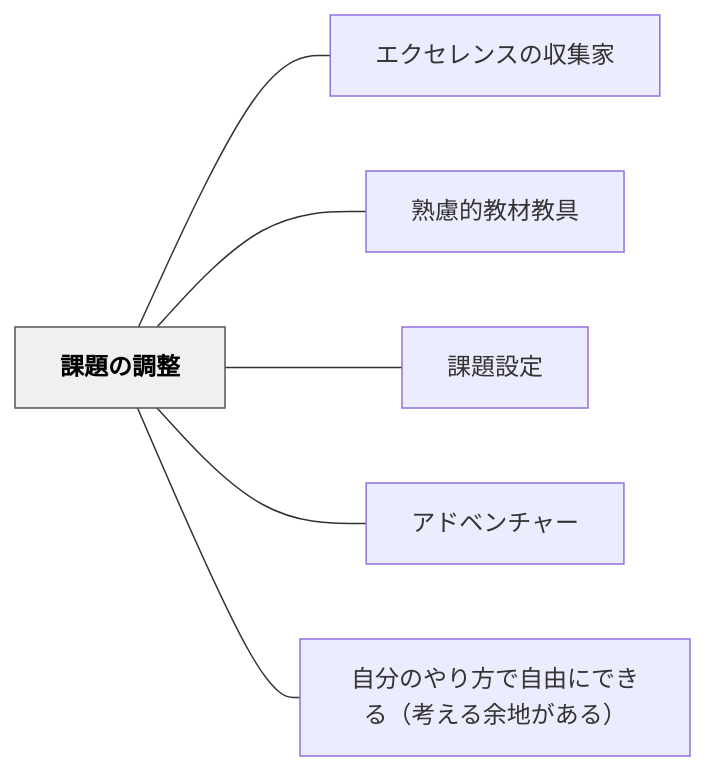
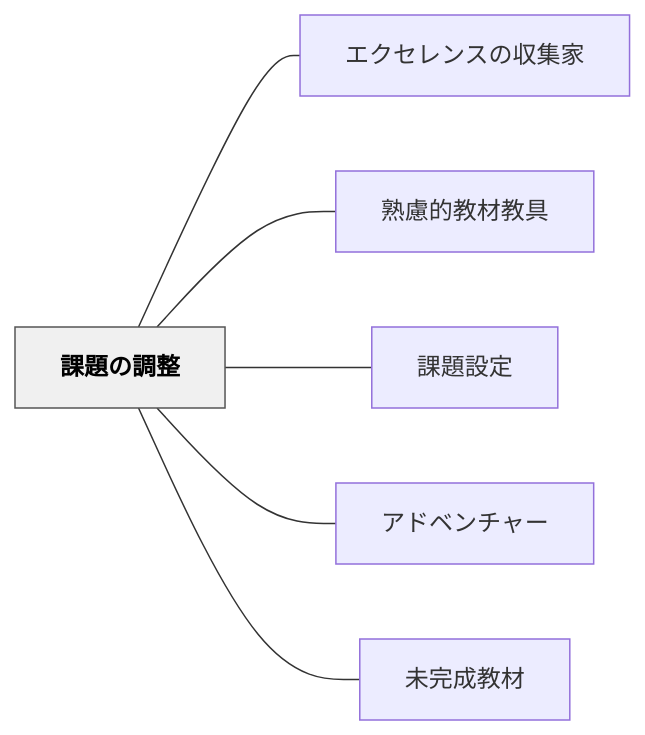
Before and after one commit to unknownthings-ed-patterns/unknownthings-ed-patterns: the diagram in content/パタン/課題の調整.md, drawn with Mermaid. The commit also changed other lines of this file and 34 other files, not shown here.

````diff
--- a/content/パタン/課題の調整.md
+++ b/content/パタン/課題の調整.md
@@ -50,18 +52,18 @@
 ```mermaid
 flowchart LR
     ne8aab2e9a18ce381aee8aabfe695b4["課題の調整"]
     ne382a8e382afe382bbe383ace383b3e382b9e381aee58f8ee99b86e5aeb6["エクセレンスの収集家"]
     ne7869fe685aee79a84e69599e69d90e69599e585b7["熟慮的教材教具"]
     ne8aab2e9a18ce8a8ade5ae9a["課題設定"]
     ne382a2e38389e38399e383b3e38381e383a3e383bc["アドベンチャー"]
-    ne887aae58886e381aee38284e3828ae696b9e381a7e887aae794b1e381abe381a7e3818de3828befbc88e88083e38188e3828be4bd99e59cb0e3818ce38182e3828befbc89["自分のやり方で自由にできる（考える余地がある）"]
+    ne69caae5ae8ce68890e69599e69d90["未完成教材"]
 
     ne8aab2e9a18ce381aee8aabfe695b4 --- ne382a8e382afe382bbe383ace383b3e382b9e381aee58f8ee99b86e5aeb6
     ne8aab2e9a18ce381aee8aabfe695b4 --- ne7869fe685aee79a84e69599e69d90e69599e585b7
     ne8aab2e9a18ce381aee8aabfe695b4 --- ne8aab2e9a18ce8a8ade5ae9a
     ne8aab2e9a18ce381aee8aabfe695b4 --- ne382a2e38389e38399e383b3e38381e383a3e383bc
-    ne8aab2e9a18ce381aee8aabfe695b4 --- ne887aae58886e381aee38284e3828ae696b9e381a7e887aae794b1e381abe381a7e3818de3828befbc88e88083e38188e3828be4bd99e59cb0e3818ce38182e3828befbc89
+    ne8aab2e9a18ce381aee8aabfe695b4 --- ne69caae5ae8ce68890e69599e69d90
 
     classDef hub fill:#f0f0f0,stroke:#555,color:#000,font-weight:bold
     class ne8aab2e9a18ce381aee8aabfe695b4 hub
 ```
````
